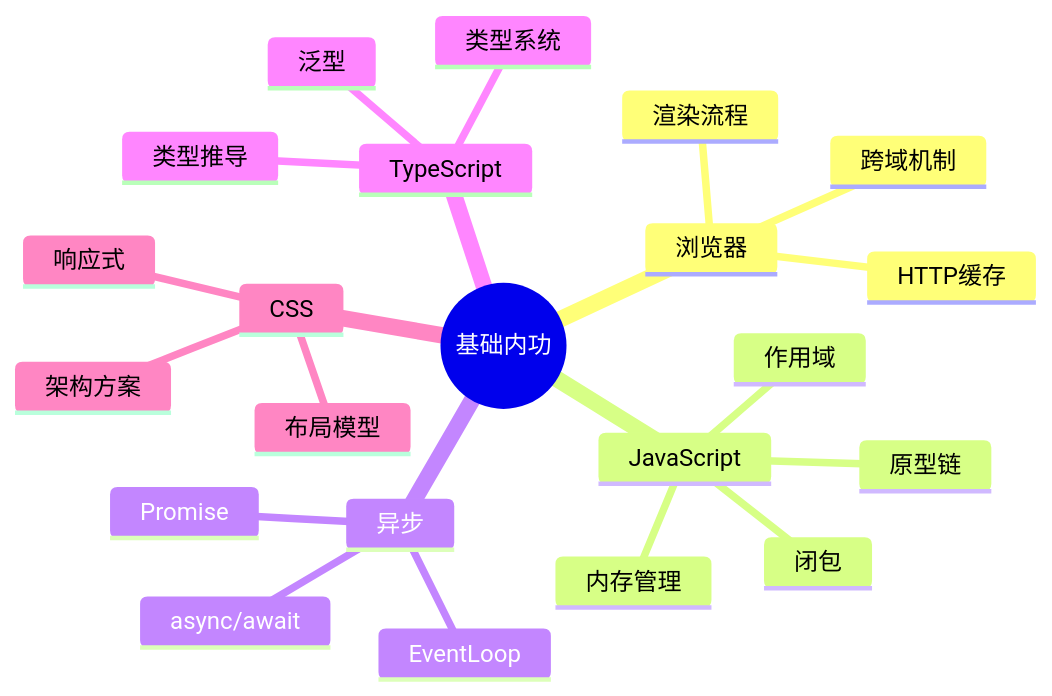
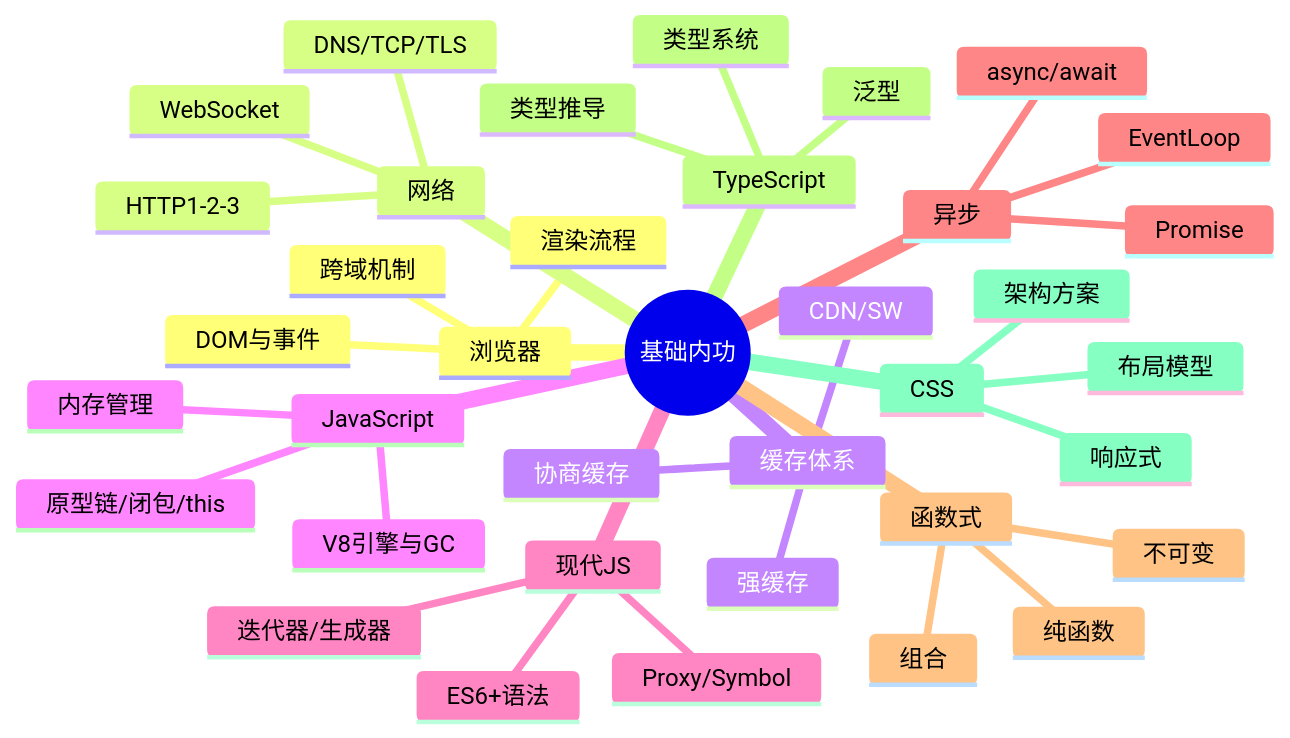
The first of 2 diagrams in 01-基础内功/00-本章导读.md (c-builder/study), drawn with Mermaid before and after one commit. The commit also changed other lines of this file and 63 other files, not shown here.

````diff
--- a/01-基础内功/00-本章导读.md
+++ b/01-基础内功/00-本章导读.md
@@ -9,25 +9,40 @@
 ```mermaid
 mindmap
   root((基础内功))
     浏览器
       渲染流程
-      HTTP缓存
       跨域机制
+      DOM与事件
+    网络
+      DNS/TCP/TLS
+      HTTP1-2-3
+      WebSocket
+    缓存体系
+      强缓存
+      协商缓存
+      CDN/SW
     JavaScript
-      原型链
-      闭包
-      作用域
+      原型链/闭包/this
+      V8引擎与GC
       内存管理
+    现代JS
+      ES6+语法
+      迭代器/生成器
+      Proxy/Symbol
     异步
       EventLoop
       Promise
       async/await
+    函数式
+      纯函数
+      不可变
+      组合
     TypeScript
       类型系统
       泛型
       类型推导
     CSS
       布局模型
       架构方案
       响应式
 ```
````
